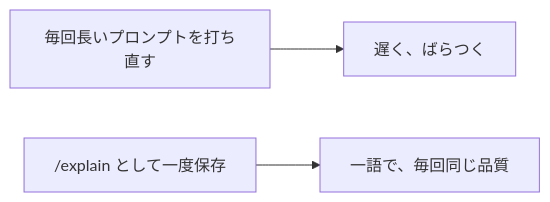
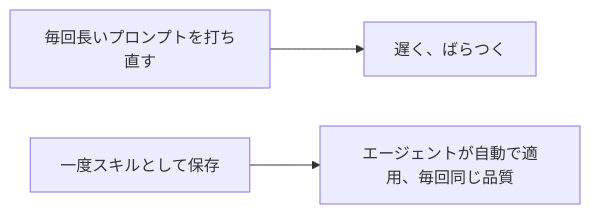
The diagram in content/ai/a06.ja.md (KakkoiDev/izumo-io), drawn with Mermaid before and after one commit. The commit also changed other lines of this file and 39 other files, not shown here.

````diff
--- a/content/ai/a06.ja.md
+++ b/content/ai/a06.ja.md
@@ -39,5 +33,5 @@
 ```mermaid
 flowchart LR
     A[毎回長いプロンプトを打ち直す] --> B[遅く、ばらつく]
-    C["/explain として一度保存"] --> D[一語で、毎回同じ品質]
+    C[一度スキルとして保存] --> D[エージェントが自動で適用、毎回同じ品質]
 ```
````
